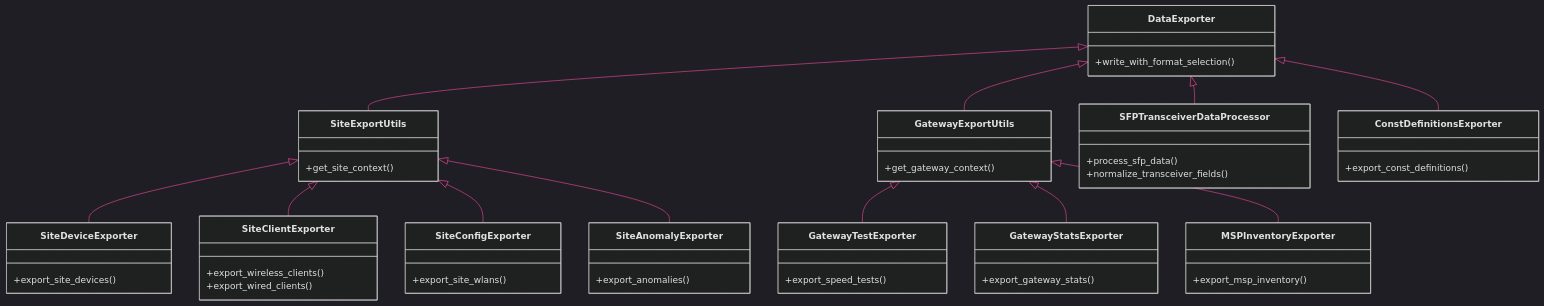
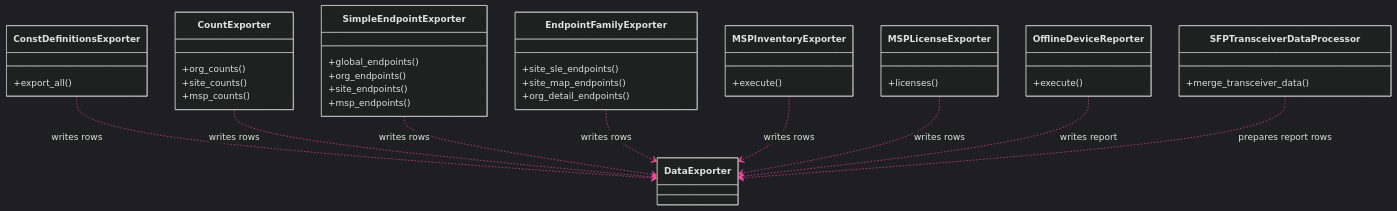
One commit to jmorrison-juniper/MistHelper changed the third of 3 diagrams in documentation/diagrams/class-hierarchy/exporters.md. Above: the diagram before and after it, drawn with Mermaid. The commit also changed other lines of this file and 110 other files, not shown here.

First line of the commit message:
docs(docs): audit documentation and add menu API endpoint map (#3418)

````diff
--- a/documentation/diagrams/class-hierarchy/exporters.md
+++ b/documentation/diagrams/class-hierarchy/exporters.md
@@ -83,70 +176,54 @@
 ```mermaid
 %%{init: {'theme': 'dark', 'themeVariables': {
   'primaryColor': '#E20074',
   'primaryTextColor': '#E0E0E0',
   'primaryBorderColor': '#99004D',
   'lineColor': '#FF4DA6',
   'secondaryColor': '#16213E',
   'tertiaryColor': '#1A1A2E',
   'fontFamily': 'ui-monospace, monospace'
 }}}%%
 classDiagram
     direction TB
 
-    class DataExporter {
-        +write_with_format_selection()
+    class ConstDefinitionsExporter {
+        +export_all()
+    }
+    class CountExporter {
+        +org_counts()
+        +site_counts()
+        +msp_counts()
+    }
+    class SimpleEndpointExporter {
+        +global_endpoints()
+        +org_endpoints()
+        +site_endpoints()
+        +msp_endpoints()
+    }
+    class EndpointFamilyExporter {
+        +site_sle_endpoints()
+        +site_map_endpoints()
+        +org_detail_endpoints()
+    }
+    class MSPInventoryExporter {
+        +execute()
+    }
+    class MSPLicenseExporter {
+        +licenses()
+    }
+    class OfflineDeviceReporter {
+        +execute()
+    }
+    class SFPTransceiverDataProcessor {
+        +merge_transceiver_data()
     }
 
-    class SiteExportUtils {
-        +get_site_context()
-    }
-    class SiteDeviceExporter {
-        +export_site_devices()
-    }
-    class SiteClientExporter {
-        +export_wireless_clients()
-        +export_wired_clients()
-    }
-    class SiteConfigExporter {
-        +export_site_wlans()
-    }
-    class SiteAnomalyExporter {
-        +export_anomalies()
-    }
-
-    class GatewayExportUtils {
-        +get_gateway_context()
-    }
-    class GatewayTestExporter {
-        +export_speed_tests()
-    }
-    class GatewayStatsExporter {
-        +export_gateway_stats()
-    }
-    class MSPInventoryExporter {
-        +export_msp_inventory()
-    }
-
-    class SFPTransceiverDataProcessor {
-        +process_sfp_data()
-        +normalize_transceiver_fields()
-    }
-
-    class ConstDefinitionsExporter {
-        +export_const_definitions()
-    }
-
-    DataExporter <|-- SiteExportUtils
-    SiteExportUtils <|-- SiteDeviceExporter
-    SiteExportUtils <|-- SiteClientExporter
-    SiteExportUtils <|-- SiteConfigExporter
-    SiteExportUtils <|-- SiteAnomalyExporter
-
-    DataExporter <|-- GatewayExportUtils
-    GatewayExportUtils <|-- GatewayTestExporter
-    GatewayExportUtils <|-- GatewayStatsExporter
-    GatewayExportUtils <|-- MSPInventoryExporter
-
-    DataExporter <|-- SFPTransceiverDataProcessor
-    DataExporter <|-- ConstDefinitionsExporter
+    ConstDefinitionsExporter ..> DataExporter : writes rows
+    CountExporter ..> DataExporter : writes rows
+    SimpleEndpointExporter ..> DataExporter : writes rows
+    EndpointFamilyExporter ..> DataExporter : writes rows
+    MSPInventoryExporter ..> DataExporter : writes rows
+    MSPLicenseExporter ..> DataExporter : writes rows
+    OfflineDeviceReporter ..> DataExporter : writes report
+    SFPTransceiverDataProcessor ..> DataExporter : prepares report rows
 ```
````
